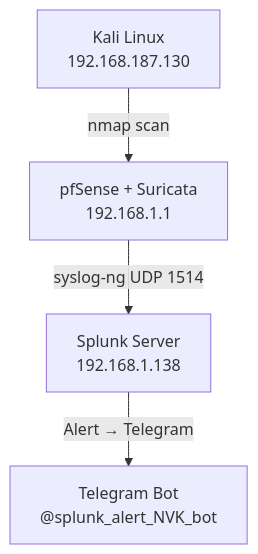
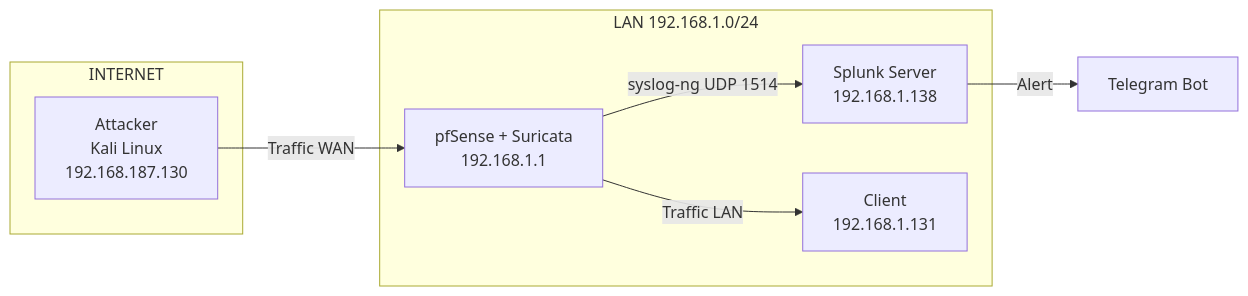
One commit to klopkk74/pfSense-Suricata-Splunk-Integration-Lab changed the diagram in docs/architecture.md. Above: the diagram before and after it, drawn with Mermaid. The commit also changed other lines of this file, not shown here.

First line of the commit message:
Enhance architecture documentation with new diagram

````diff
--- a/docs/architecture.md
+++ b/docs/architecture.md
@@ -5,6 +7,19 @@
 ```mermaid
-flowchart TD
-    A[Kali Linux<br>192.168.187.130] -->|nmap scan| B[pfSense + Suricata<br>192.168.1.1]
-    B -->|syslog-ng UDP 1514| C[Splunk Server<br>192.168.1.138]
-    C -->|Alert → Telegram| D[Telegram Bot<br>@splunk_alert_NVK_bot]
+flowchart LR
+    subgraph INTERNET
+        A[Attacker<br>Kali Linux<br>192.168.187.130]
+    end
+
+    subgraph LAN["LAN 192.168.1.0/24"]
+        B[pfSense + Suricata<br>192.168.1.1]
+        C[Splunk Server<br>192.168.1.138]
+        D[Client<br>192.168.1.131]
+    end
+
+    E[Telegram Bot]
+
+    A -->|Traffic WAN| B
+    B -->|syslog-ng UDP 1514| C
+    B -->|Traffic LAN| D
+    C -->|Alert| E
 ```
````
